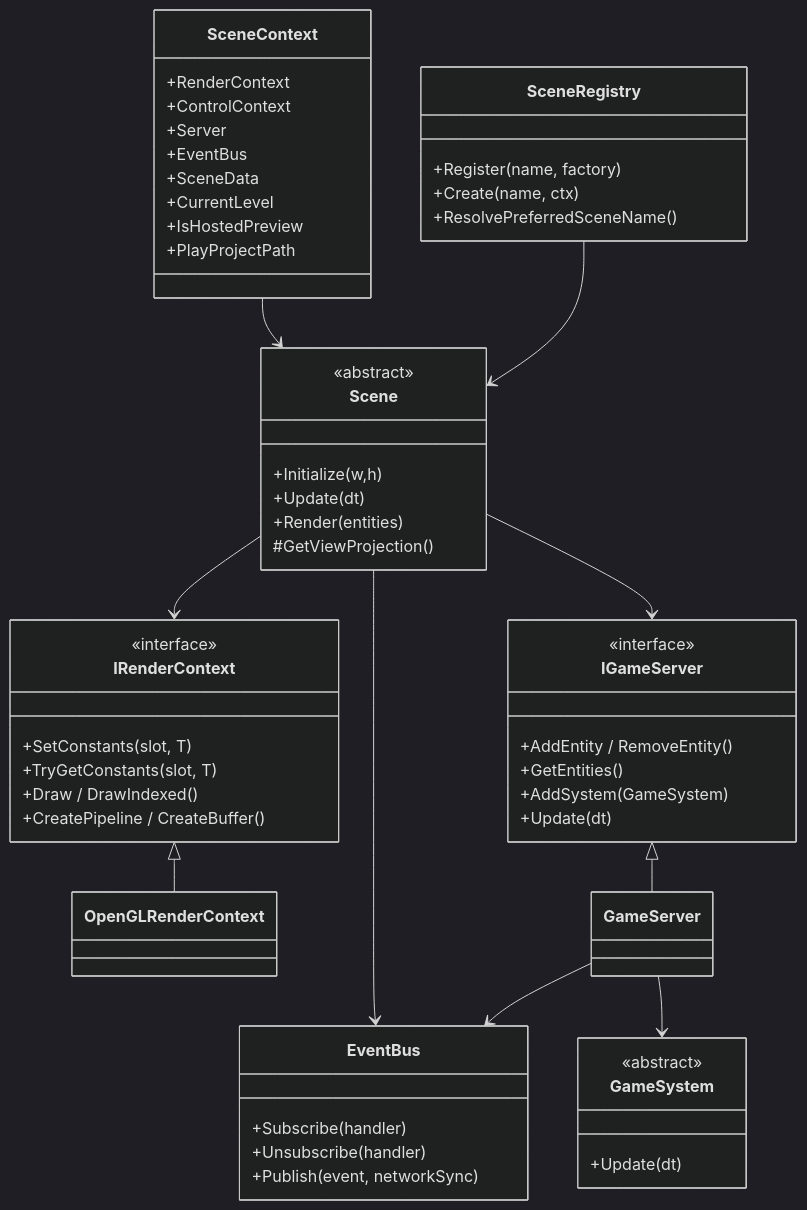
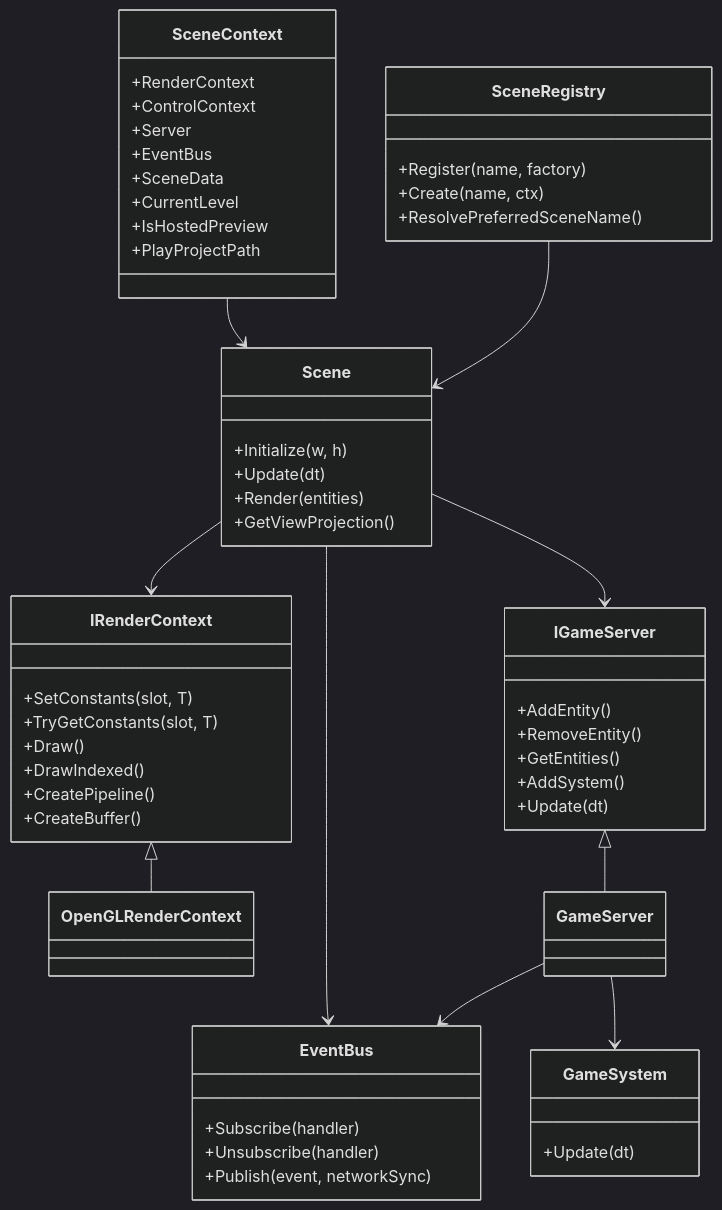
Before and after one commit to ireakhavok/Castle: the fifth of 8 diagrams in docs/ARCHITECTURE.md, drawn with Mermaid. The commit also changed other lines of this file and 6 other files, not shown here.

````diff
--- a/docs/ARCHITECTURE.md
+++ b/docs/ARCHITECTURE.md
@@ -173,65 +176,64 @@
 ```mermaid
 %%{init: {'theme':'dark'}}%%
 classDiagram
   class IRenderContext {
-    <<interface>>
     +SetConstants(slot, T)
     +TryGetConstants(slot, T)
-    +Draw / DrawIndexed()
-    +CreatePipeline / CreateBuffer()
+    +Draw()
+    +DrawIndexed()
+    +CreatePipeline()
+    +CreateBuffer()
   }
   class OpenGLRenderContext
   IRenderContext <|-- OpenGLRenderContext
 
   class EventBus {
     +Subscribe(handler)
     +Unsubscribe(handler)
     +Publish(event, networkSync)
   }
 
   class IGameServer {
-    <<interface>>
-    +AddEntity / RemoveEntity()
+    +AddEntity()
+    +RemoveEntity()
     +GetEntities()
-    +AddSystem(GameSystem)
+    +AddSystem()
     +Update(dt)
   }
   class GameServer
   IGameServer <|-- GameServer
   GameServer --> EventBus
   GameServer --> GameSystem
 
   class GameSystem {
-    <<abstract>>
     +Update(dt)
   }
 
   class Scene {
-    <<abstract>>
-    +Initialize(w,h)
+    +Initialize(w, h)
     +Update(dt)
     +Render(entities)
-    #GetViewProjection()
+    +GetViewProjection()
   }
   class SceneRegistry {
     +Register(name, factory)
     +Create(name, ctx)
     +ResolvePreferredSceneName()
   }
   SceneRegistry --> Scene
   Scene --> IRenderContext
   Scene --> IGameServer
   Scene --> EventBus
 
   class SceneContext {
     +RenderContext
     +ControlContext
     +Server
     +EventBus
     +SceneData
     +CurrentLevel
     +IsHostedPreview
     +PlayProjectPath
   }
   SceneContext --> Scene
 ```
````
